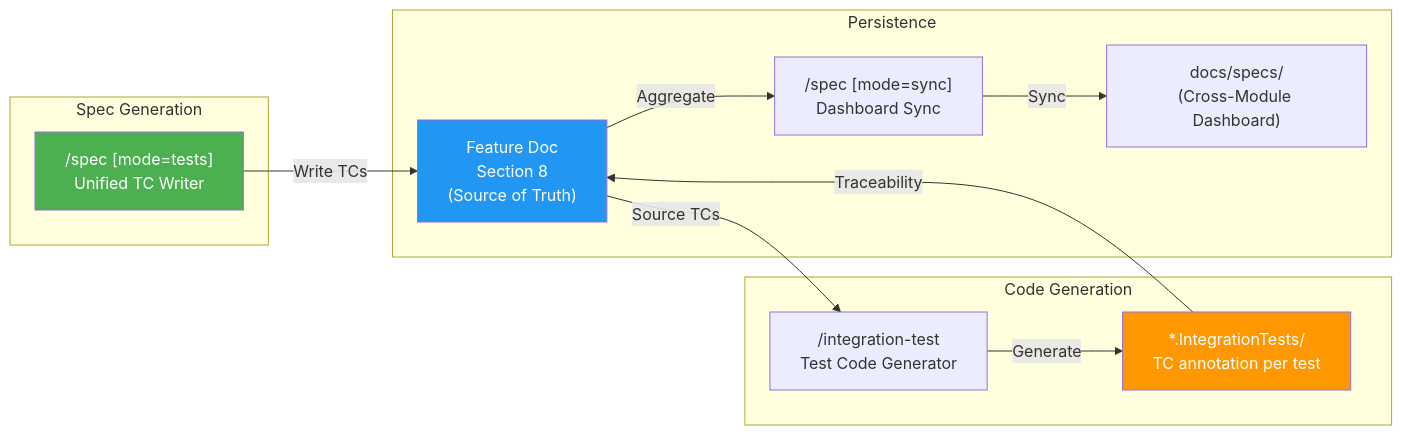
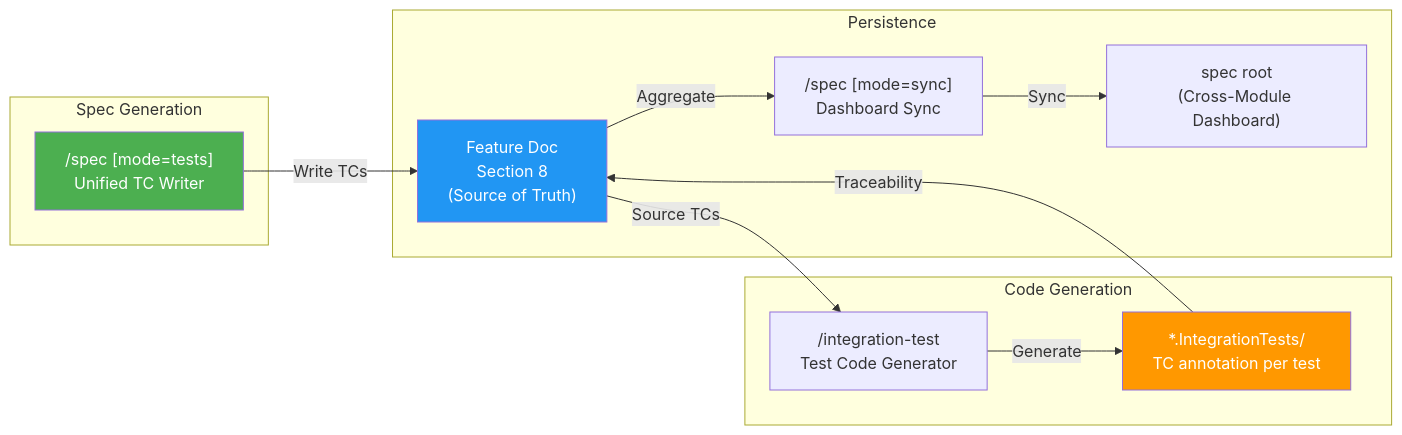
Diagram 14 of 20 in .claude/docs/claude-ai-agent-framework-guide.md (duc01226/easy-claude), drawn with Mermaid before and after one commit. The commit also changed other lines of this file and 516 other files, not shown here.

````diff
--- a/.claude/docs/claude-ai-agent-framework-guide.md
+++ b/.claude/docs/claude-ai-agent-framework-guide.md
@@ -1285,28 +1302,28 @@
 ```mermaid
 flowchart LR
     subgraph "Spec Generation"
         TS["/spec [mode=tests]<br/>Unified TC Writer"]
     end
 
     subgraph "Persistence"
         FD["Feature Doc<br/>Section 8<br/>(Source of Truth)"]
         TSD["/spec [mode=sync]<br/>Dashboard Sync"]
-        DASH["docs/specs/<br/>(Cross-Module Dashboard)"]
+        DASH["spec root<br/>(Cross-Module Dashboard)"]
     end
 
     subgraph "Code Generation"
         IT["/integration-test<br/>Test Code Generator"]
         CODE["*.IntegrationTests/<br/>TC annotation per test"]
     end
 
     TS -->|"Write TCs"| FD
     FD -->|"Aggregate"| TSD
     TSD -->|"Sync"| DASH
     FD -->|"Source TCs"| IT
     IT -->|"Generate"| CODE
     CODE -->|"Traceability"| FD
 
     style TS fill:#4CAF50,color:white
     style FD fill:#2196F3,color:white
     style CODE fill:#FF9800,color:white
 ```
````
